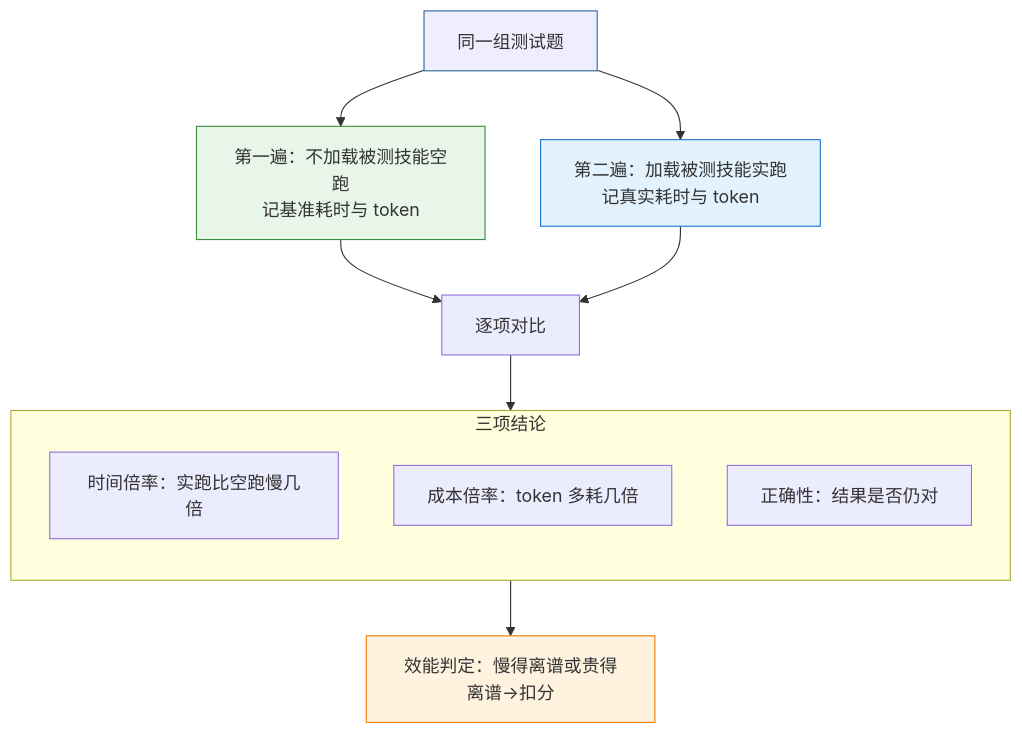
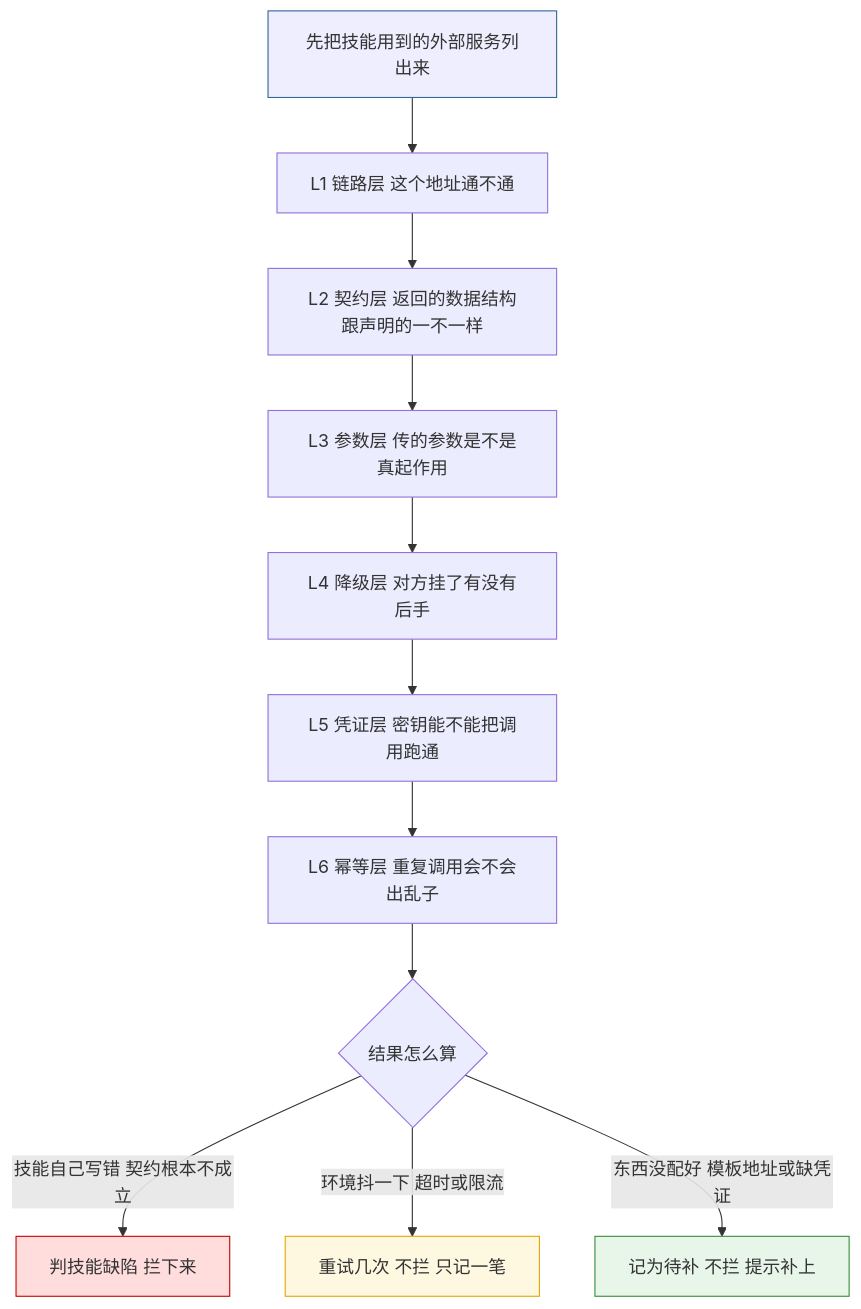
One commit to huanggq26/skill-evaluator changed the fourth of 14 diagrams in references/skill-evaluation-system.md. Above: the diagram before and after it, drawn with Mermaid. The commit also changed other lines of this file, not shown here.

````diff
--- a/references/skill-evaluation-system.md
+++ b/references/skill-evaluation-system.md
@@ -121,19 +112,17 @@
 ```mermaid
 flowchart TB
-    题[同一组测试题] --> 基线[第一遍：不加载被测技能空跑<br/>记基准耗时与 token]
-    题 --> 实跑[第二遍：加载被测技能实跑<br/>记真实耗时与 token]
-    基线 --> 比[逐项对比]
-    实跑 --> 比
-    比 --> 结果[三项结论]
-    subgraph 结果[三项结论]
-        direction TB
-        T[时间倍率：实跑比空跑慢几倍]
-        M[成本倍率：token 多耗几倍]
-        R[正确性：结果是否仍对]
-    end
-    结果 --> 判[效能判定：慢得离谱或贵得离谱→扣分]
-    style 题 fill:#eef,stroke:#369
-    style 基线 fill:#e8f5e9,stroke:#388e3c
-    style 实跑 fill:#e3f2fd,stroke:#1976d2
-    style 判 fill:#fff3e0,stroke:#f57c00
+    提取[先把技能用到的外部服务列出来] --> L1[L1 链路层 这个地址通不通]
+    L1 --> L2[L2 契约层 返回的数据结构跟声明的一不一样]
+    L2 --> L3[L3 参数层 传的参数是不是真起作用]
+    L3 --> L4[L4 降级层 对方挂了有没有后手]
+    L4 --> L5[L5 凭证层 密钥能不能把调用跑通]
+    L5 --> L6[L6 幂等层 重复调用会不会出乱子]
+    L6 --> 裁决{结果怎么算}
+    裁决 -->|技能自己写错 契约根本不成立| 拦[判技能缺陷 拦下来]
+    裁决 -->|环境抖一下 超时或限流| 重试[重试几次 不拦 只记一笔]
+    裁决 -->|东西没配好 模板地址或缺凭证| 记[记为待补 不拦 提示补上]
+    style 提取 fill:#eef,stroke:#369
+    style 拦 fill:#fdd,stroke:#c00
+    style 重试 fill:#fff8e1,stroke:#e6a700
+    style 记 fill:#e8f5e9,stroke:#388e3c
 ```
````
